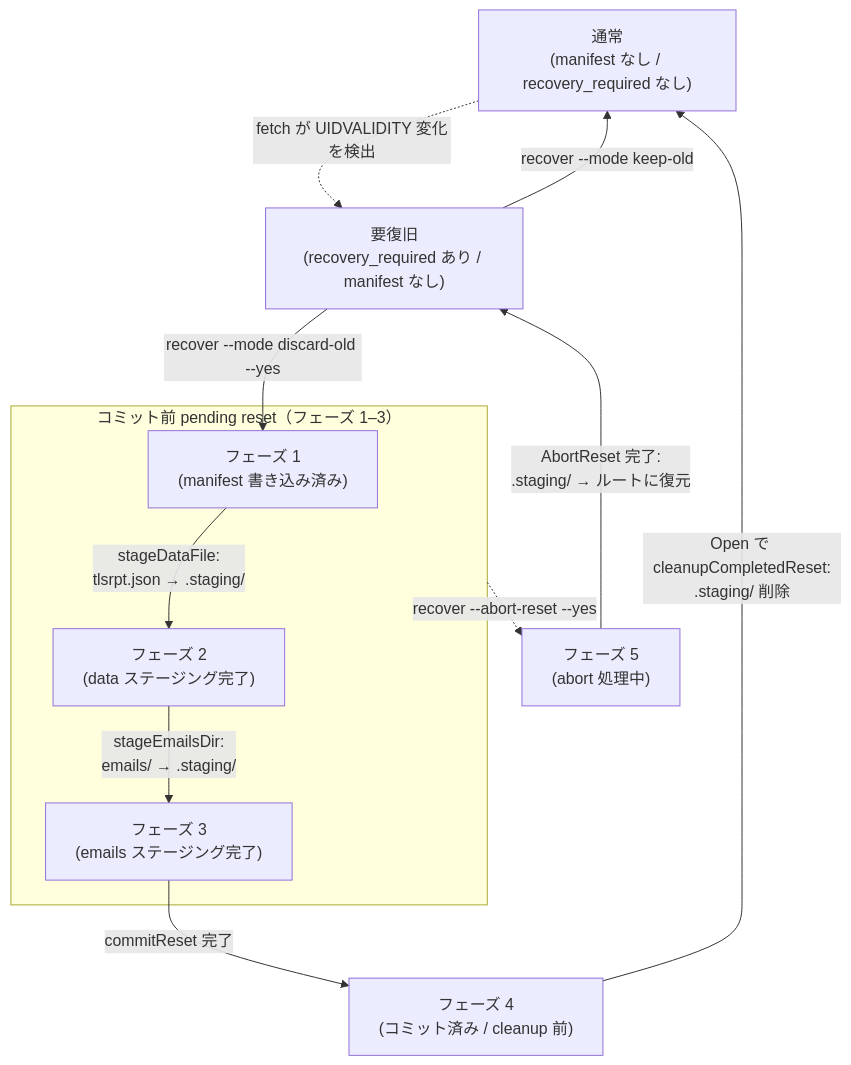
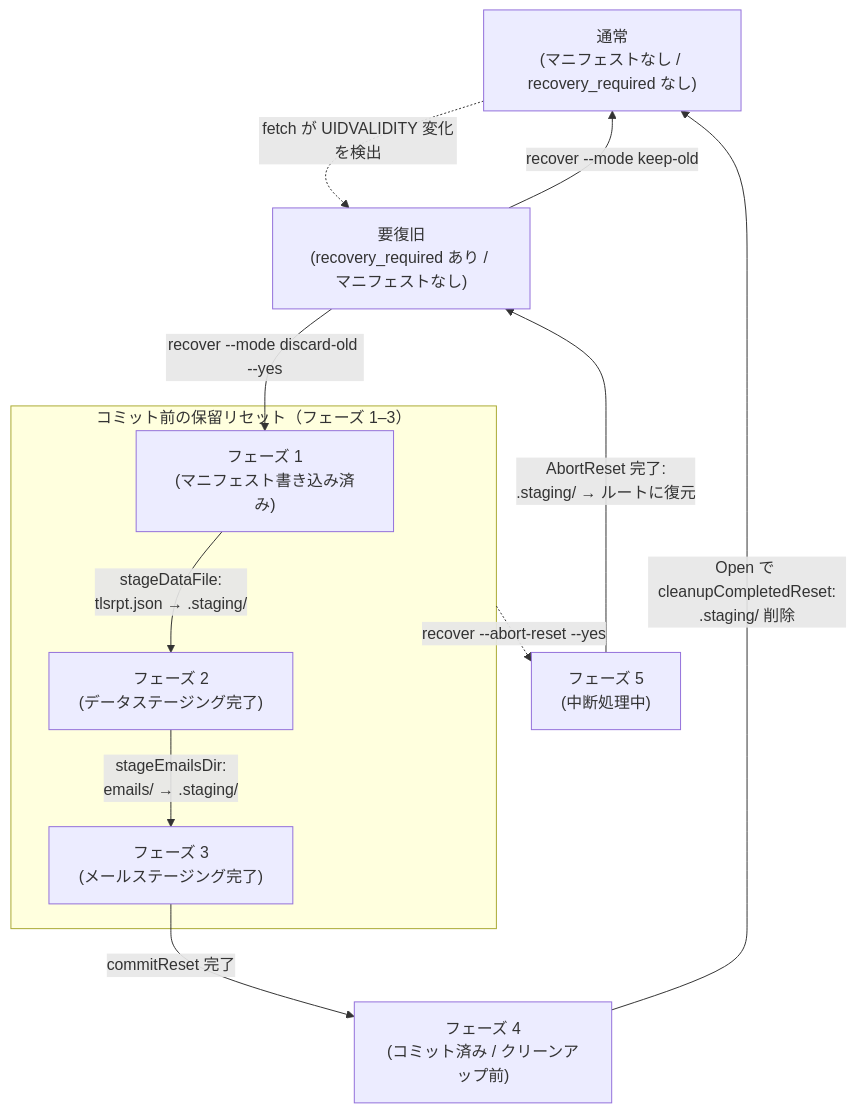
The diagram in docs/dev/adr/0003_reset_phase_design.ja.md (isseis/tlsrpt-digest), drawn with Mermaid before and after one commit. The commit also changed other lines of this file and 2 other files, not shown here.

````diff
--- a/docs/dev/adr/0003_reset_phase_design.ja.md
+++ b/docs/dev/adr/0003_reset_phase_design.ja.md
@@ -73,23 +88,23 @@
 ```mermaid
 flowchart TD
-    Normal["通常<br>(manifest なし / recovery_required なし)"]
-    RR["要復旧<br>(recovery_required あり / manifest なし)"]
-    P4["フェーズ 4<br>(コミット済み / cleanup 前)"]
-    P5["フェーズ 5<br>(abort 処理中)"]
+    Normal["通常<br>(マニフェストなし / recovery_required なし)"]
+    RR["要復旧<br>(recovery_required あり / マニフェストなし)"]
+    P4["フェーズ 4<br>(コミット済み / クリーンアップ前)"]
+    P5["フェーズ 5<br>(中断処理中)"]
 
-    subgraph PendingReset["コミット前 pending reset（フェーズ 1–3）"]
-        P1["フェーズ 1<br>(manifest 書き込み済み)"]
-        P2["フェーズ 2<br>(data ステージング完了)"]
-        P3["フェーズ 3<br>(emails ステージング完了)"]
+    subgraph PendingReset["コミット前の保留リセット（フェーズ 1–3）"]
+        P1["フェーズ 1<br>(マニフェスト書き込み済み)"]
+        P2["フェーズ 2<br>(データステージング完了)"]
+        P3["フェーズ 3<br>(メールステージング完了)"]
     end
 
     Normal -.->|"fetch が UIDVALIDITY 変化を検出"| RR
     RR -->|"recover --mode keep-old"| Normal
     RR -->|"recover --mode discard-old --yes"| P1
     P1 -->|"stageDataFile:<br>tlsrpt.json → .staging/"| P2
     P2 -->|"stageEmailsDir:<br>emails/ → .staging/"| P3
     P3 -->|"commitReset 完了"| P4
     P4 -->|"Open で cleanupCompletedReset:<br>.staging/ 削除"| Normal
     PendingReset -.->|"recover --abort-reset --yes"| P5
     P5 -->|"AbortReset 完了:<br>.staging/ → ルートに復元"| RR
 ```
````
